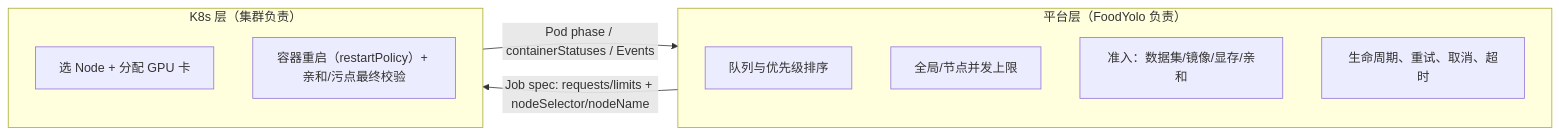
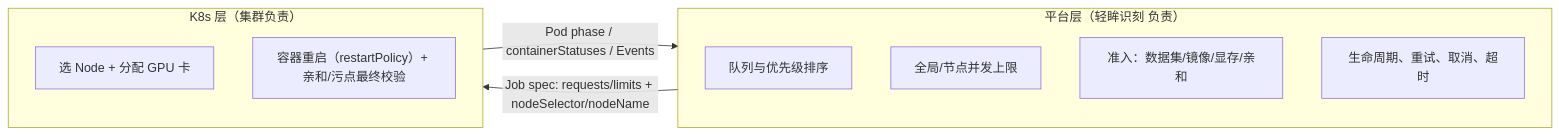
Before and after one commit to QingMouFoodDate/ProjectPRD: the fifth of 6 diagrams in PRD/05_训练平台/P0082_训练任务提交与调度.md, drawn with Mermaid. The commit also changed other lines of this file and 45 other files, not shown here.

First line of the commit message:
docs: 产品名统一为轻眸识刻 + 新增仓库地图

````diff
--- a/PRD/05_训练平台/P0082_训练任务提交与调度.md
+++ b/PRD/05_训练平台/P0082_训练任务提交与调度.md
@@ -218,15 +218,15 @@
 ```mermaid
 flowchart LR
-    subgraph PL["平台层（FoodYolo 负责）"]
+    subgraph PL["平台层（轻眸识刻 负责）"]
         P1["队列与优先级排序"]
         P2["全局/节点并发上限"]
         P3["准入：数据集/镜像/显存/亲和"]
         P4["生命周期、重试、取消、超时"]
     end
     subgraph KL["K8s 层（集群负责）"]
         K1["选 Node + 分配 GPU 卡"]
         K2["容器重启（restartPolicy）+ 亲和/污点最终校验"]
     end
     PL -->|"Job spec: requests/limits + nodeSelector/nodeName"| KL
     KL -->|"Pod phase / containerStatuses / Events"| PL
 ```
````
